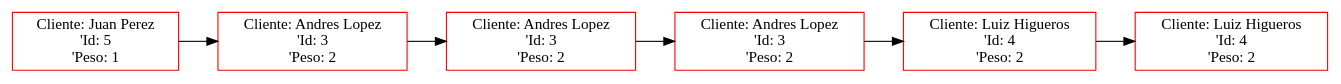
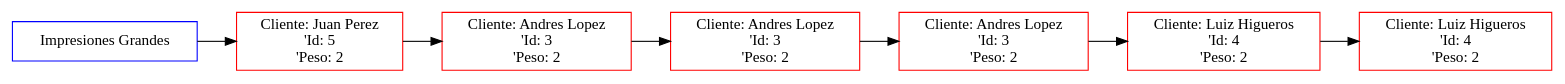
The diagram in Proyecto1/Proyecto1_202200089/Pruebas/PJ/grande.dot (FranklinONP/EDD_PROYECTO_202200089), drawn with Graphviz before and after one commit. The commit also changed 10 other files, not shown here.

```diff
--- a/Proyecto1/Proyecto1_202200089/Pruebas/PJ/grande.dot
+++ b/Proyecto1/Proyecto1_202200089/Pruebas/PJ/grande.dot
@@ -1,14 +1,16 @@
  digraph G {
  rankdir=LR;
- node0 [label="Cliente: Juan Perez\n'Id: 5\n'Peso: 1", color="red", shape="rectangle"];
- node1 [label="Cliente: Andres Lopez\n'Id: 3\n'Peso: 2", color="red", shape="rectangle"];
- node0 -> node1 [dir="forward"];
+ inicio [label="Impresiones Grandes", color="blue", shape="rectangle"];
+ node1 [label="Cliente: Juan Perez\n'Id: 5\n'Peso: 2", color="red", shape="rectangle"];
+ inicio -> node1 [dir="forward"];
  node2 [label="Cliente: Andres Lopez\n'Id: 3\n'Peso: 2", color="red", shape="rectangle"];
  node1 -> node2 [dir="forward"];
  node3 [label="Cliente: Andres Lopez\n'Id: 3\n'Peso: 2", color="red", shape="rectangle"];
  node2 -> node3 [dir="forward"];
- node4 [label="Cliente: Luiz Higueros\n'Id: 4\n'Peso: 2", color="red", shape="rectangle"];
+ node4 [label="Cliente: Andres Lopez\n'Id: 3\n'Peso: 2", color="red", shape="rectangle"];
  node3 -> node4 [dir="forward"];
  node5 [label="Cliente: Luiz Higueros\n'Id: 4\n'Peso: 2", color="red", shape="rectangle"];
  node4 -> node5 [dir="forward"];
+ node6 [label="Cliente: Luiz Higueros\n'Id: 4\n'Peso: 2", color="red", shape="rectangle"];
+ node5 -> node6 [dir="forward"];
  }
```
